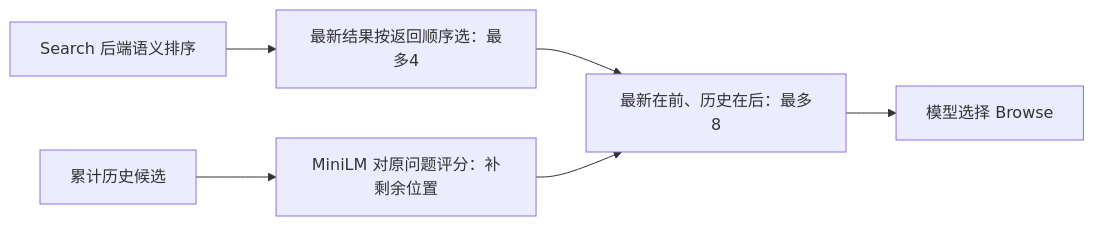
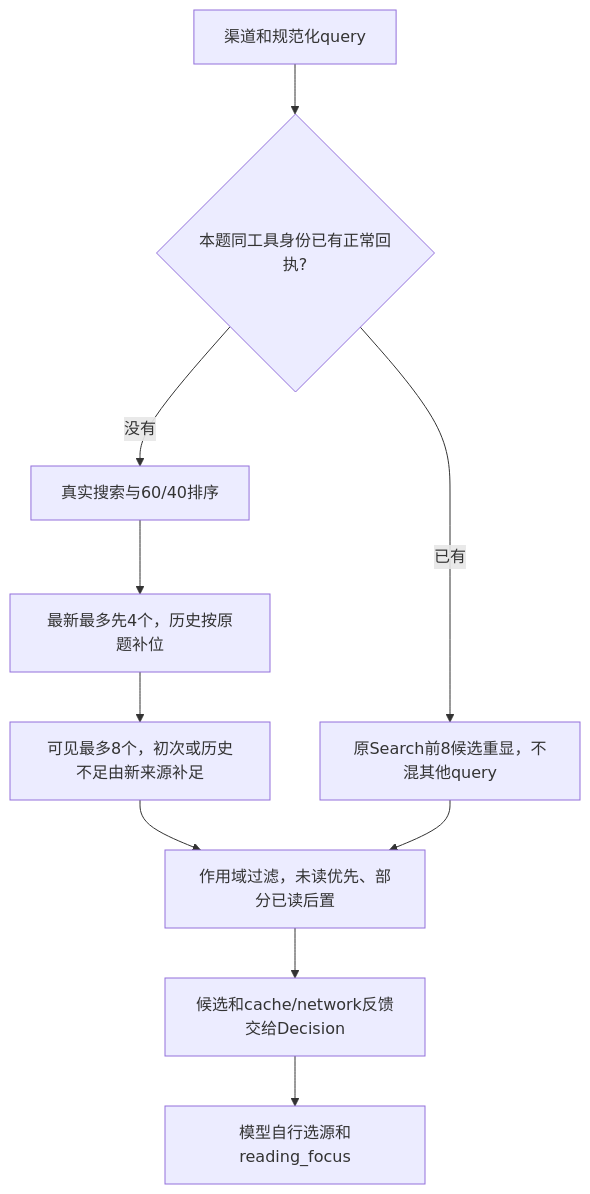
The diagram in docs/retrieval.md (MaSunKing/medical-research-agent-grpo), drawn with Mermaid before and after one commit. The commit also changed other lines of this file and 10 other files, not shown here.

Commit message:
docs: align version three and engineering diagrams with current Process runtime

````diff
--- a/docs/retrieval.md
+++ b/docs/retrieval.md
@@ -13,8 +13,12 @@
 ```mermaid
-flowchart LR
-    Search[Search 后端语义排序] --> Fresh[最新结果按返回顺序选：最多4]
-    Pool[累计历史候选] --> Historical[MiniLM 对原问题评分：补剩余位置]
-    Fresh --> Window[最新在前、历史在后：最多8]
-    Historical --> Window
-    Window --> Choice[模型选择 Browse]
+flowchart TB
+    Q[渠道和规范化query] --> H{本题同工具身份已有正常回执?}
+    H -->|没有| B[真实搜索与60/40排序]
+    B --> W[最新最多先4个，历史按原题补位]
+    W --> P[可见最多8个，初次或历史不足由新来源补足]
+    H -->|已有| C[原Search前8候选重显，不混其他query]
+    P --> V[作用域过滤，未读优先、部分已读后置]
+    C --> V
+    V --> D[候选和cache/network反馈交给Decision]
+    D --> R[模型自行选源和reading_focus]
 ```
````
